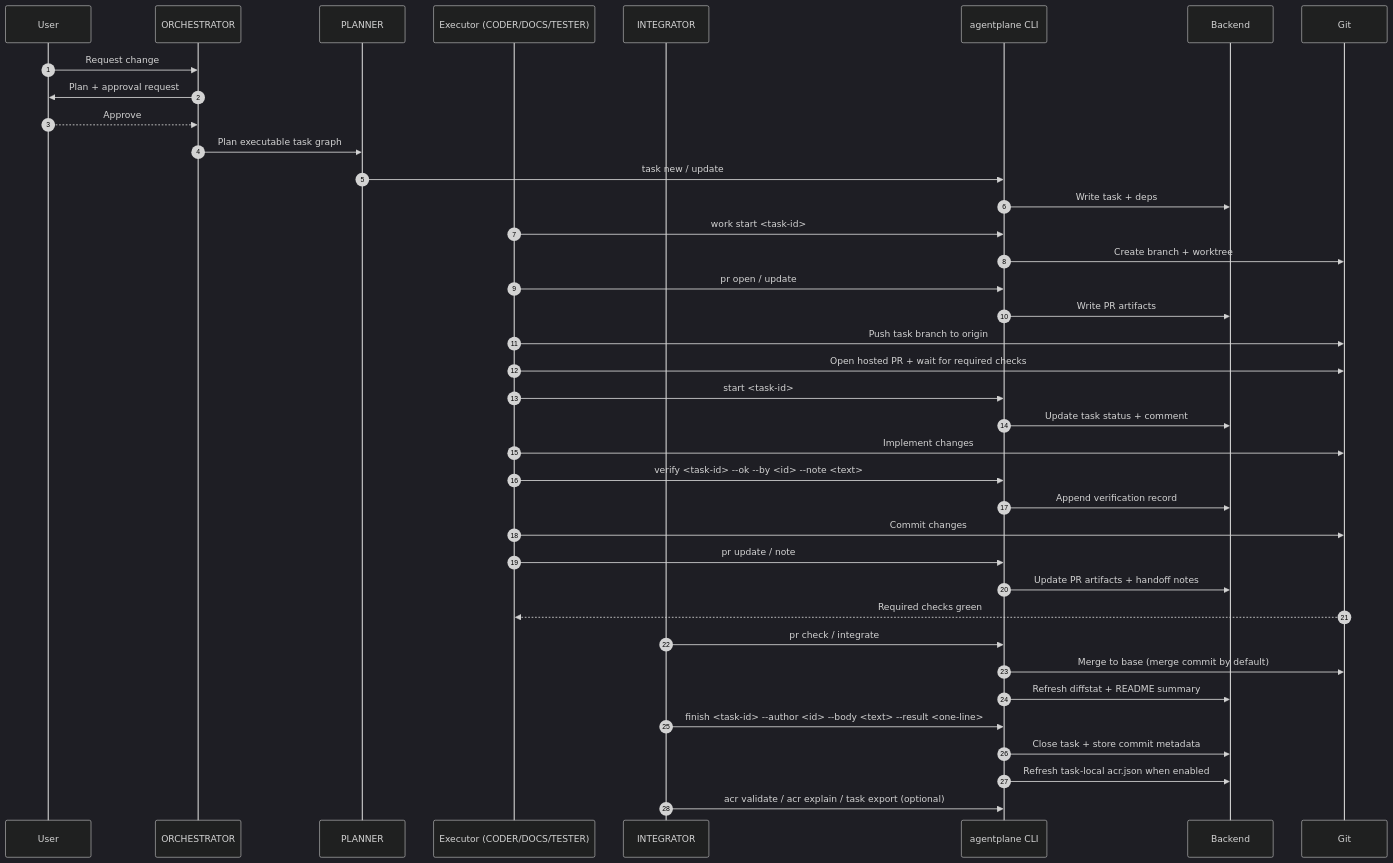
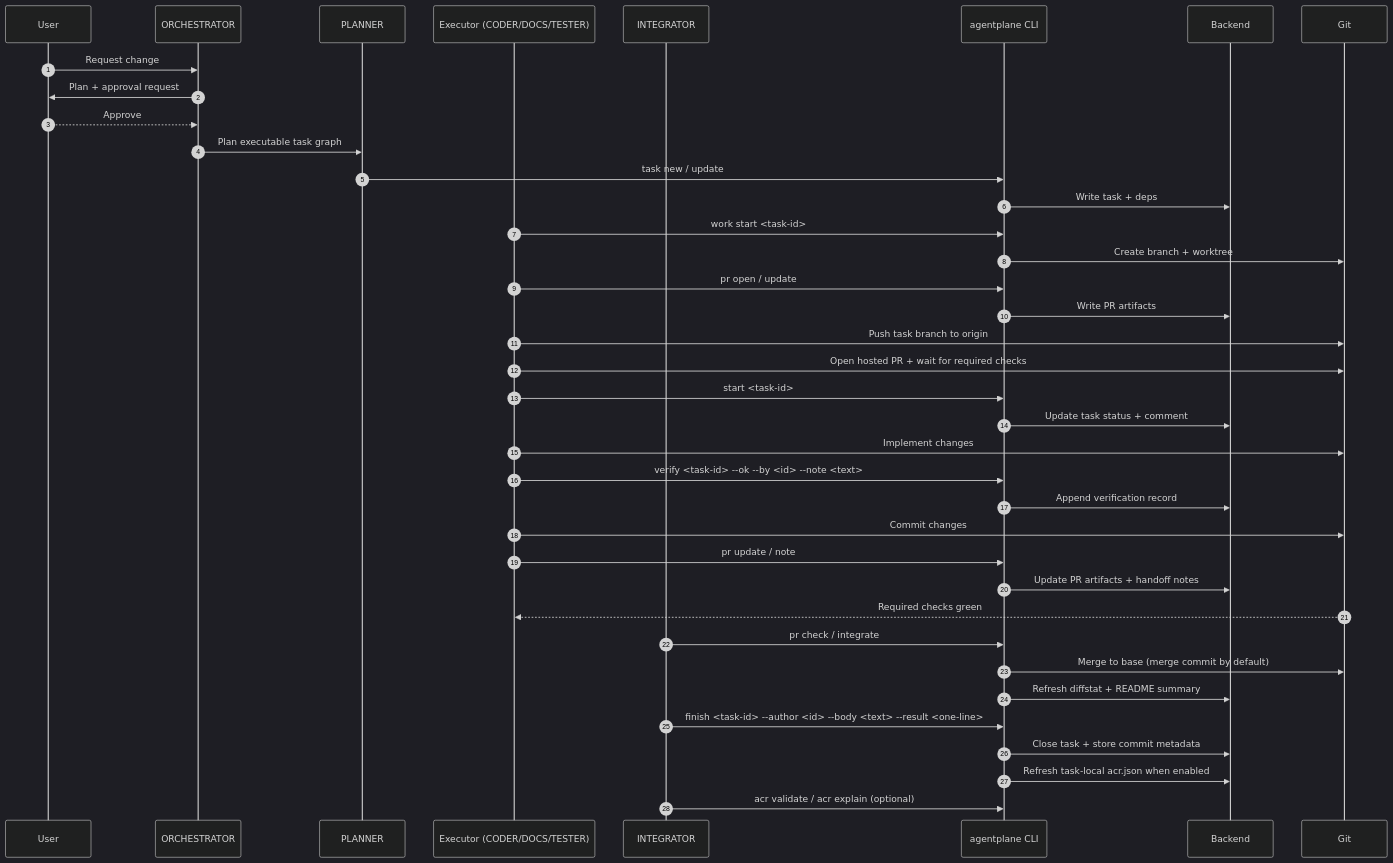
One commit to basilisk-labs/agentplane changed the third of 3 diagrams in docs/user/task-lifecycle.mdx. Above: the diagram before and after it, drawn with Mermaid (dark theme). The commit also changed other lines of this file and 35 other files, not shown here.

Commit message:
🚧 61129E task: align public CLI docs

````diff
--- a/docs/user/task-lifecycle.mdx
+++ b/docs/user/task-lifecycle.mdx
@@ -162,41 +163,41 @@
 ```mermaid
 sequenceDiagram
   autonumber
   participant U as User
   participant O as ORCHESTRATOR
   participant P as PLANNER
   participant E as Executor (CODER/DOCS/TESTER)
   participant I as INTEGRATOR
   participant CLI as agentplane CLI
   participant B as Backend
   participant G as Git
 
   U->>O: Request change
   O->>U: Plan + approval request
   U-->>O: Approve
   O->>P: Plan executable task graph
   P->>CLI: task new / update
   CLI->>B: Write task + deps
   E->>CLI: work start <task-id>
   CLI->>G: Create branch + worktree
   E->>CLI: pr open / update
   CLI->>B: Write PR artifacts
   E->>G: Push task branch to origin
   E->>G: Open hosted PR + wait for required checks
   E->>CLI: start <task-id>
   CLI->>B: Update task status + comment
   E->>G: Implement changes
   E->>CLI: verify <task-id> --ok --by <id> --note <text>
   CLI->>B: Append verification record
   E->>G: Commit changes
   E->>CLI: pr update / note
   CLI->>B: Update PR artifacts + handoff notes
   G-->>E: Required checks green
   I->>CLI: pr check / integrate
   CLI->>G: Merge to base (merge commit by default)
   CLI->>B: Refresh diffstat + README summary
   I->>CLI: finish <task-id> --author <id> --body <text> --result <one-line>
   CLI->>B: Close task + store commit metadata
   CLI->>B: Refresh task-local acr.json when enabled
-  I->>CLI: acr validate / acr explain / task export (optional)
+  I->>CLI: acr validate / acr explain (optional)
 ```
````
